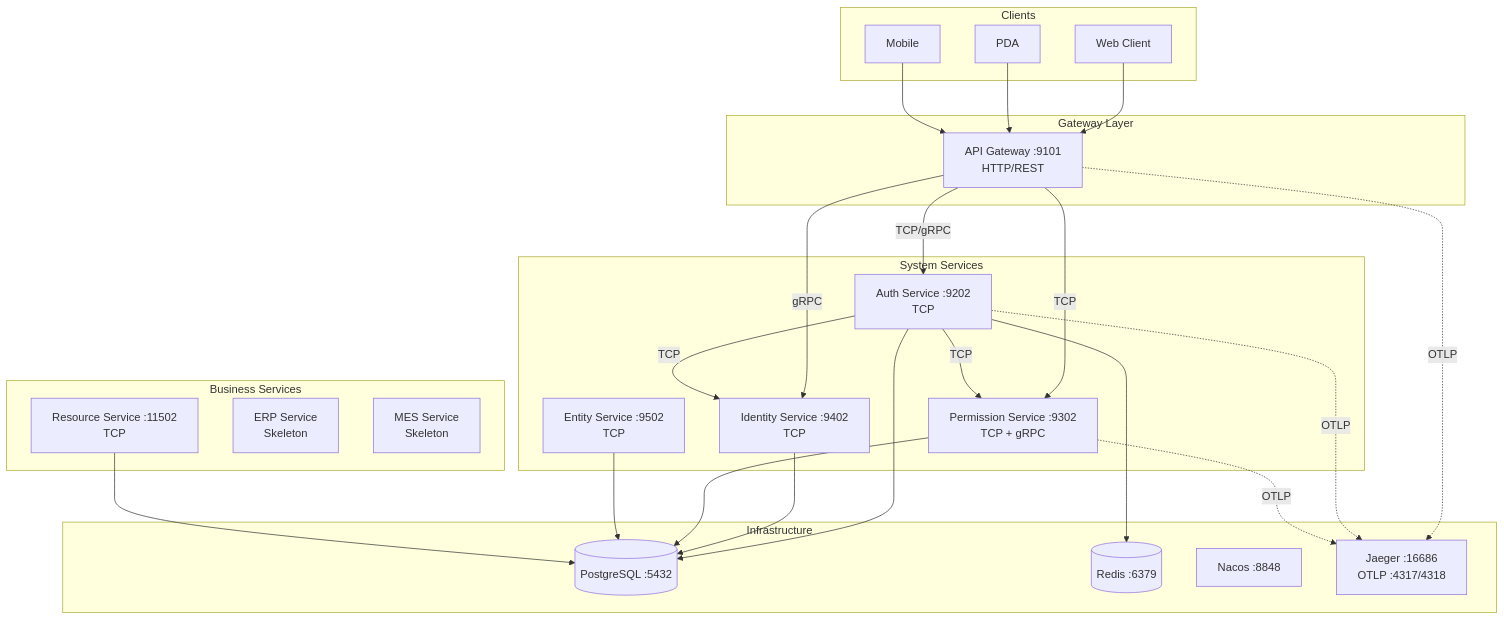
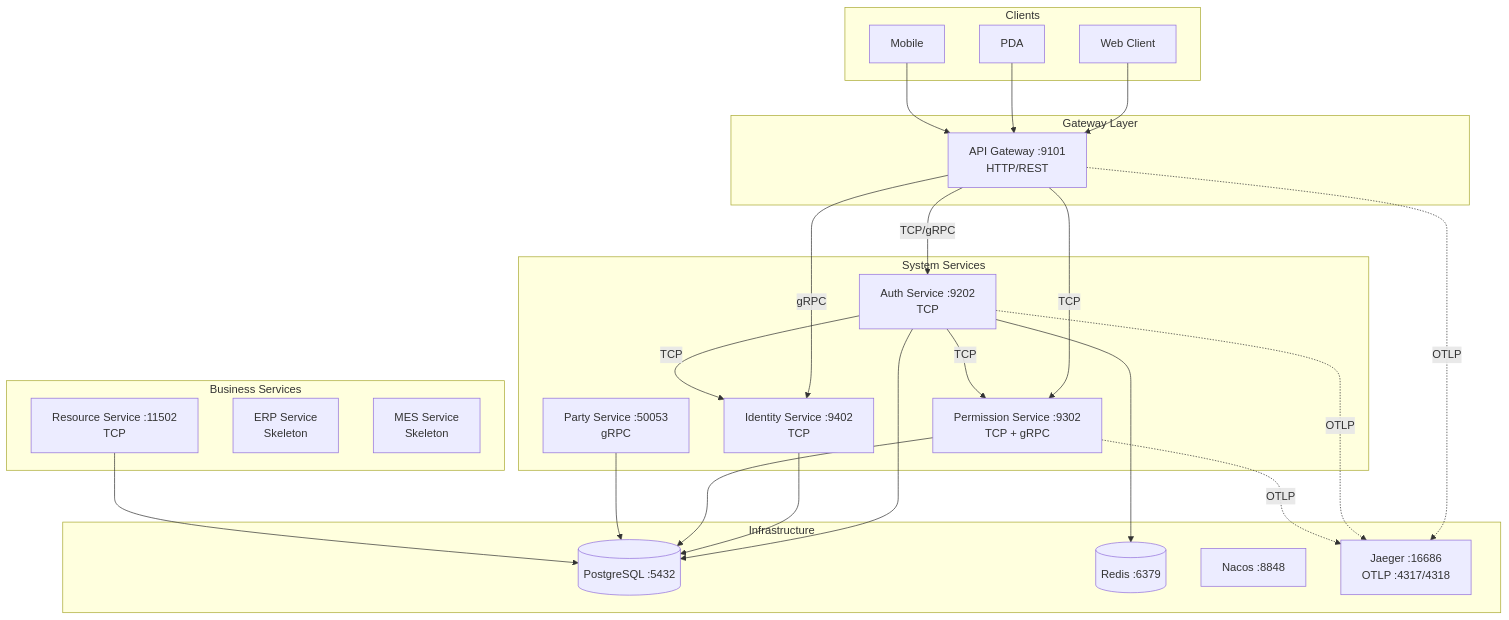
The first of 6 diagrams in src/services/api-gateway/api-gateway-design.md (imkgsam/oes), drawn with Mermaid before and after one commit. The commit also changed other lines of this file and 601 other files, not shown here.

````diff
--- a/src/services/api-gateway/api-gateway-design.md
+++ b/src/services/api-gateway/api-gateway-design.md
@@ -55,54 +55,54 @@
 ```mermaid
 flowchart TB
     subgraph Clients
         WEB[Web Client]
         PDA[PDA]
         MOBILE[Mobile]
     end
 
     subgraph Gateway Layer
         GW[API Gateway :9101<br/>HTTP/REST]
     end
 
     subgraph System Services
         AUTH[Auth Service :9202<br/>TCP]
         IDENT[Identity Service :9402<br/>TCP]
         PERM[Permission Service :9302<br/>TCP + gRPC]
-        ENTITY[Entity Service :9502<br/>TCP]
+        PARTY[Party Service :50053<br/>gRPC]
     end
 
     subgraph Business Services
         RES[Resource Service :11502<br/>TCP]
         ERP[ERP Service<br/>Skeleton]
         MES[MES Service<br/>Skeleton]
     end
 
     subgraph Infrastructure
         PG[(PostgreSQL :5432)]
         REDIS[(Redis :6379)]
         NACOS[Nacos :8848]
         JAEGER[Jaeger :16686<br/>OTLP :4317/4318]
     end
 
     WEB --> GW
     PDA --> GW
     MOBILE --> GW
 
     GW -->|TCP/gRPC| AUTH
     GW -->|TCP| PERM
     GW -->|gRPC| IDENT
 
     AUTH -->|TCP| IDENT
     AUTH -->|TCP| PERM
 
     AUTH --> PG
     AUTH --> REDIS
     IDENT --> PG
     PERM --> PG
-    ENTITY --> PG
+    PARTY --> PG
     RES --> PG
 
     GW -.->|OTLP| JAEGER
     AUTH -.->|OTLP| JAEGER
     PERM -.->|OTLP| JAEGER
 ```
````
